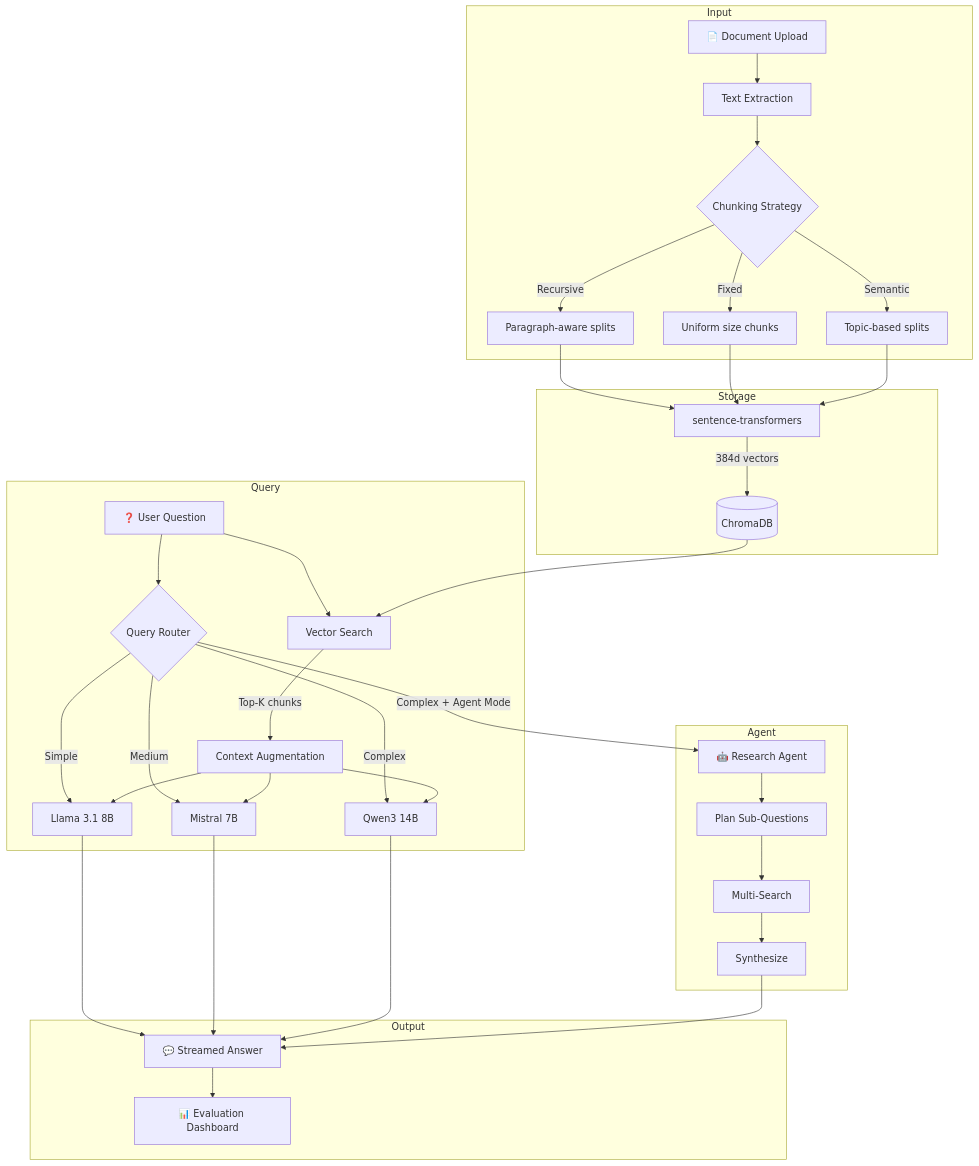
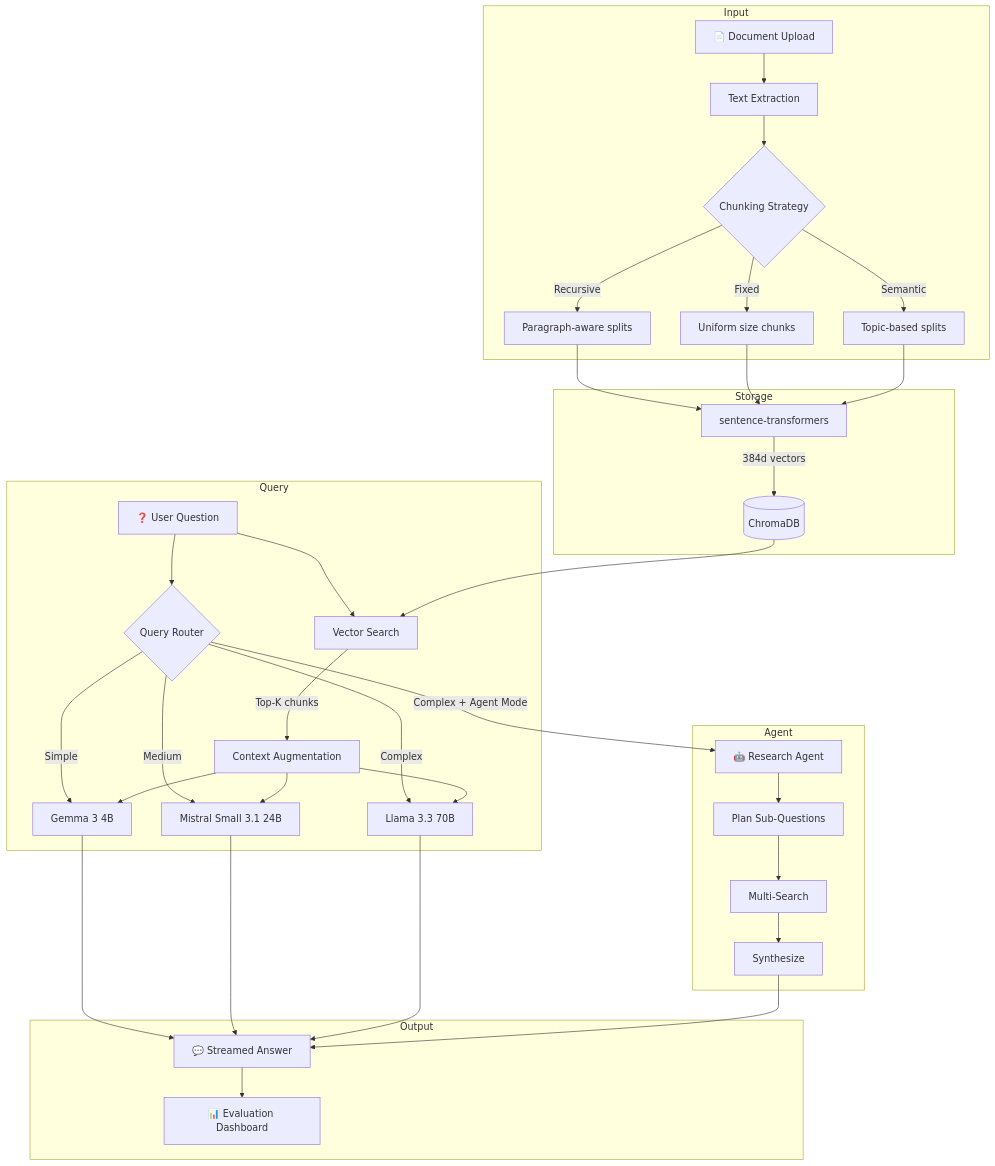
The diagram in README.md (redyinn/ai-knowledge-hub), drawn with Mermaid before and after one commit. The commit also changed other lines of this file and 2 other files, not shown here.

Commit message:
Fix model IDs: update to currently available OpenRouter free models
Old models (llama-3.1-8b, mistral-7b, qwen3-14b) no longer exist on OpenRouter.
Updated to: Gemma 3 4B, Mistral Small 3.1 24B, Llama 3.3 70B.
Added error handling in pipeline to prevent crashes on API errors.

````diff
--- a/README.md
+++ b/README.md
@@ -31,40 +31,40 @@
 ```mermaid
 graph TB
     subgraph Input
         A[📄 Document Upload] --> B[Text Extraction]
         B --> C{Chunking Strategy}
         C -->|Recursive| D1[Paragraph-aware splits]
         C -->|Fixed| D2[Uniform size chunks]
         C -->|Semantic| D3[Topic-based splits]
     end
 
     subgraph Storage
         D1 & D2 & D3 --> E[sentence-transformers]
         E -->|384d vectors| F[(ChromaDB)]
     end
 
     subgraph Query
         G[❓ User Question] --> H{Query Router}
-        H -->|Simple| I1[Llama 3.1 8B]
-        H -->|Medium| I2[Mistral 7B]
-        H -->|Complex| I3[Qwen3 14B]
+        H -->|Simple| I1[Gemma 3 4B]
+        H -->|Medium| I2[Mistral Small 3.1 24B]
+        H -->|Complex| I3[Llama 3.3 70B]
 
         G --> J[Vector Search]
         F --> J
         J -->|Top-K chunks| K[Context Augmentation]
         K --> I1 & I2 & I3
     end
 
     subgraph Agent
         H -->|Complex + Agent Mode| L[🤖 Research Agent]
         L --> M[Plan Sub-Questions]
         M --> N[Multi-Search]
         N --> O[Synthesize]
     end
 
     subgraph Output
         I1 & I2 & I3 --> P[💬 Streamed Answer]
         O --> P
         P --> Q[📊 Evaluation Dashboard]
     end
 ```
````
